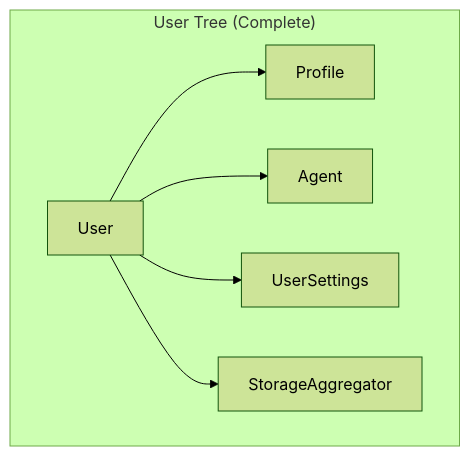
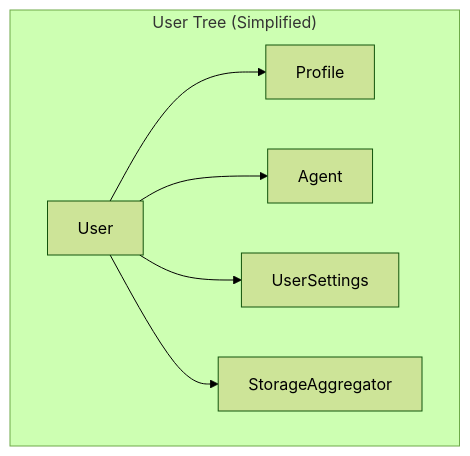
The seventh of 13 diagrams in docs/credential-based-authorization.md (alkem-io/server), drawn with Mermaid (forest theme) before and after one commit. The commit also changed other lines of this file, not shown here.

First line of the commit message:
Simplifies authorization tree diagrams.

````diff
--- a/docs/credential-based-authorization.md
+++ b/docs/credential-based-authorization.md
@@ -251,9 +251,9 @@
 ```mermaid
 graph TD
-    subgraph "User Tree (Complete)"
+    subgraph "User Tree (Simplified)"
         User --> Profile;
         User --> Agent;
         User --> UserSettings;
         User --> StorageAggregator;
     end
 ```
````
